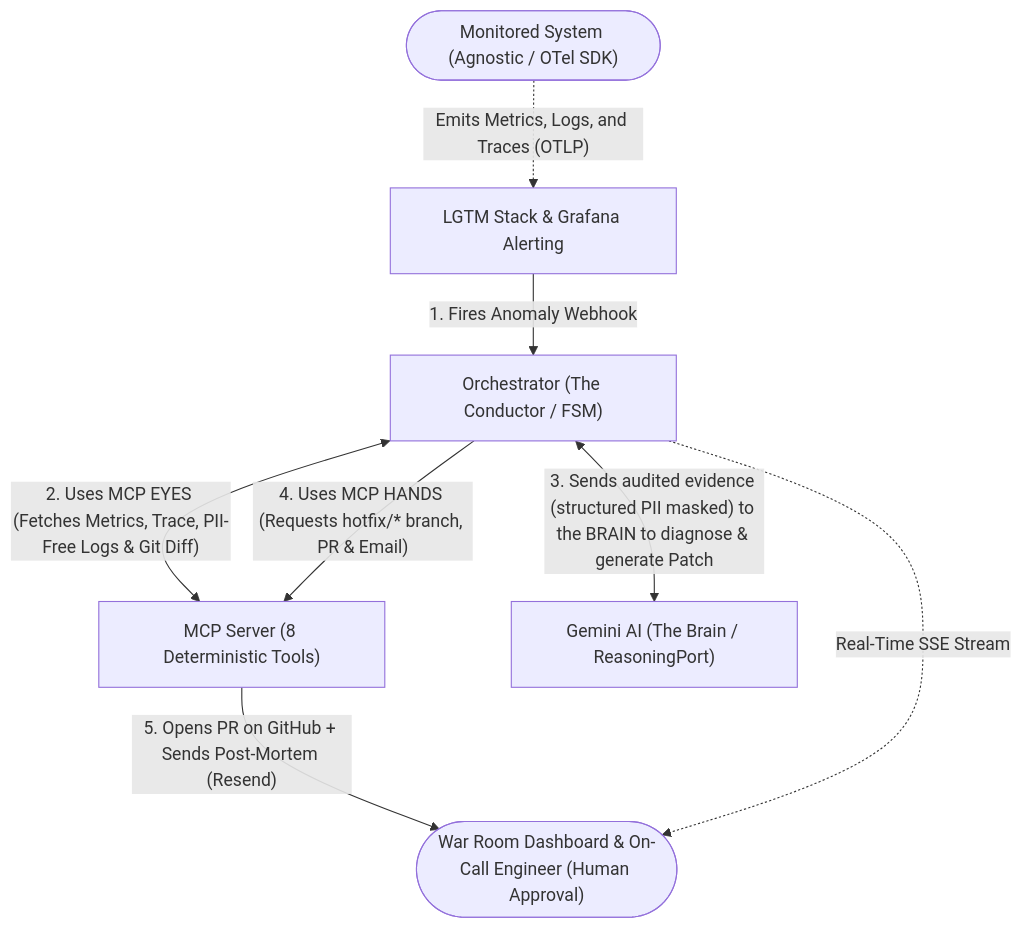
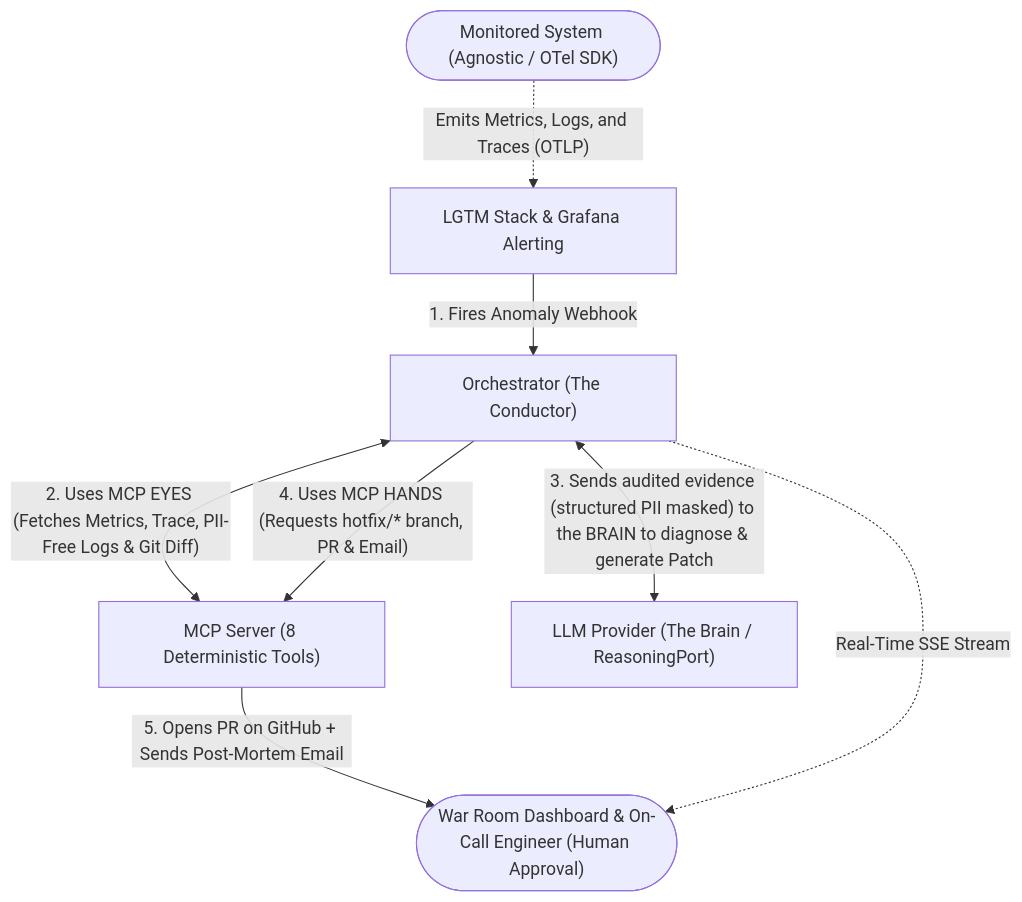
The first of 5 diagrams in docs/en-US/00_architecture_master.md (AdmilsonGoncalves/zeromttr), drawn with Mermaid before and after one commit. The commit also changed other lines of this file and 75 other files, not shown here.

````diff
--- a/docs/en-US/00_architecture_master.md
+++ b/docs/en-US/00_architecture_master.md
@@ -60,10 +60,10 @@
 ```mermaid
 flowchart TD
     APP(["Monitored System (Agnostic / OTel SDK)"]) -.->|"Emits Metrics, Logs, and Traces (OTLP)"| GRAF["LGTM Stack & Grafana Alerting"]
-    GRAF -->|"1. Fires Anomaly Webhook"| ORCH["Orchestrator (The Conductor / FSM)"]
+    GRAF -->|"1. Fires Anomaly Webhook"| ORCH["Orchestrator (The Conductor)"]
     ORCH <-->|"2. Uses MCP EYES (Fetches Metrics, Trace, PII-Free Logs & Git Diff)"| MCP["MCP Server (8 Deterministic Tools)"]
-    ORCH <-->|"3. Sends audited evidence (structured PII masked) to the BRAIN to diagnose & generate Patch"| IA["Gemini AI (The Brain / ReasoningPort)"]
+    ORCH <-->|"3. Sends audited evidence (structured PII masked) to the BRAIN to diagnose & generate Patch"| IA["LLM Provider (The Brain / ReasoningPort)"]
     ORCH -->|"4. Uses MCP HANDS (Requests hotfix/* branch, PR & Email)"| MCP
-    MCP -->|"5. Opens PR on GitHub + Sends Post-Mortem (Resend)"| GOV(["War Room Dashboard & On-Call Engineer (Human Approval)"])
+    MCP -->|"5. Opens PR on GitHub + Sends Post-Mortem Email"| GOV(["War Room Dashboard & On-Call Engineer (Human Approval)"])
     ORCH -.->|"Real-Time SSE Stream"| GOV
 ```
````
